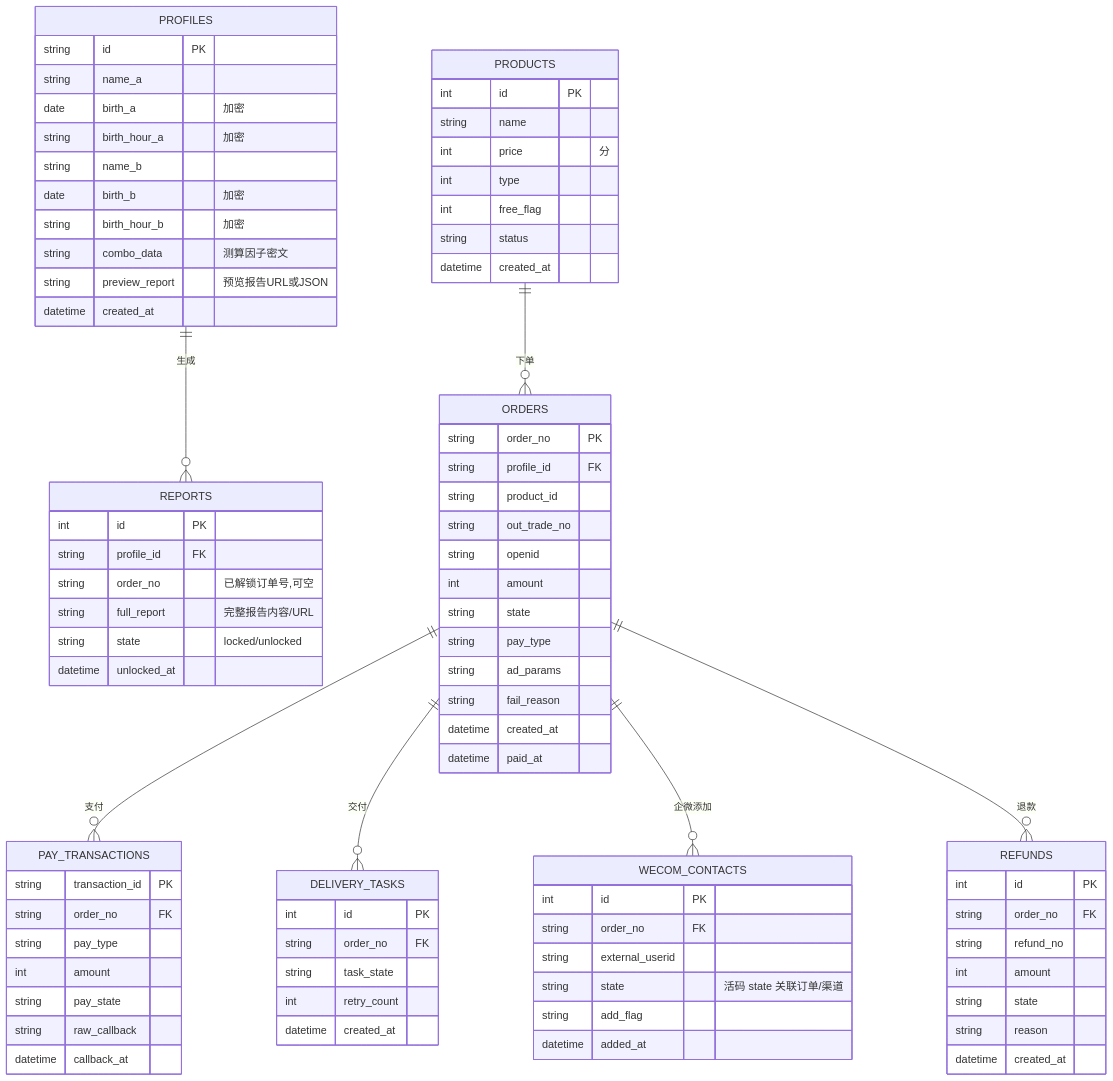
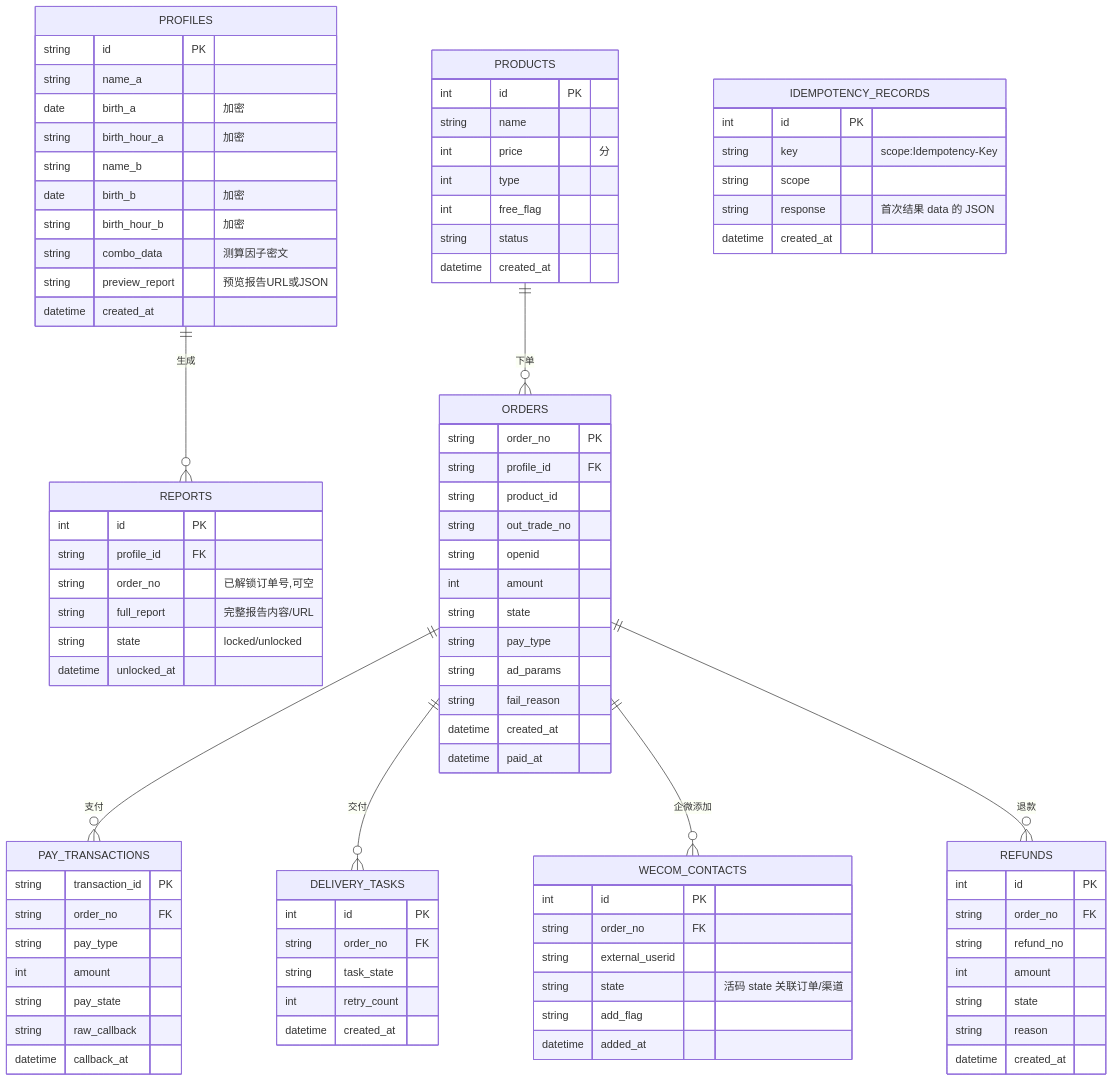
One commit to LiquorXR/yycs changed the fifth of 5 diagrams in doc/开发文档.md. Above: the diagram before and after it, drawn with Mermaid. The commit also changed other lines of this file and 2 other files, not shown here.

Commit message:
docs: 文档同步实现状态与最新结构
- API 接口规范：新增接口实现状态标注（A 阶段已实现/B 阶段未实现/预留）；
  创建订单请求参数补充 amount（防改价）
- 开发文档：main 职责更新为主干合并目标；数据库设计补充 idempotency_records 表
- 本地开发文档：项目结构更新至当前实现；配置项补充 BIRTH_DATA_KEY

```diff
--- a/doc/开发文档.md
+++ b/doc/开发文档.md
@@ -257,6 +257,13 @@
         string reason
         datetime created_at
     }
+    IDEMPOTENCY_RECORDS {
+        int id PK
+        string key "scope:Idempotency-Key"
+        string scope
+        string response "首次结果 data 的 JSON"
+        datetime created_at
+    }
 
     PRODUCTS ||--o{ ORDERS : "下单"
     PROFILES ||--o{ REPORTS : "生成"
```
